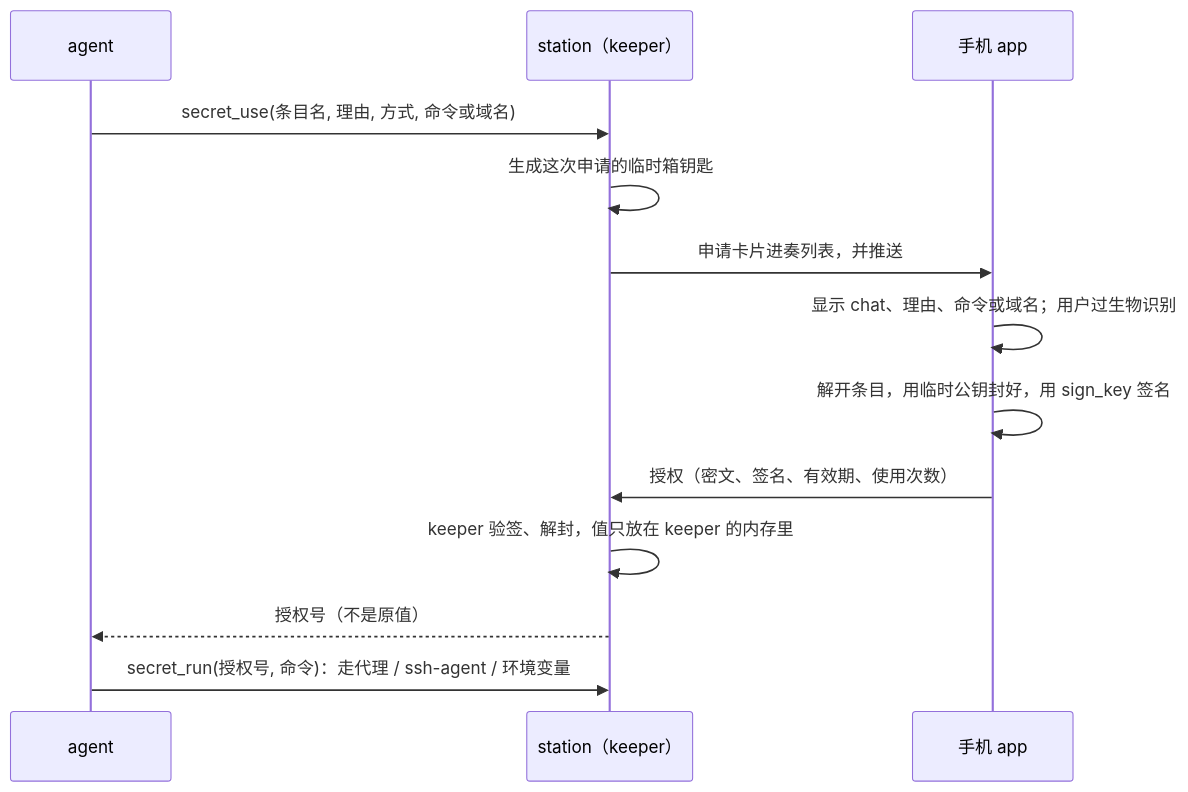
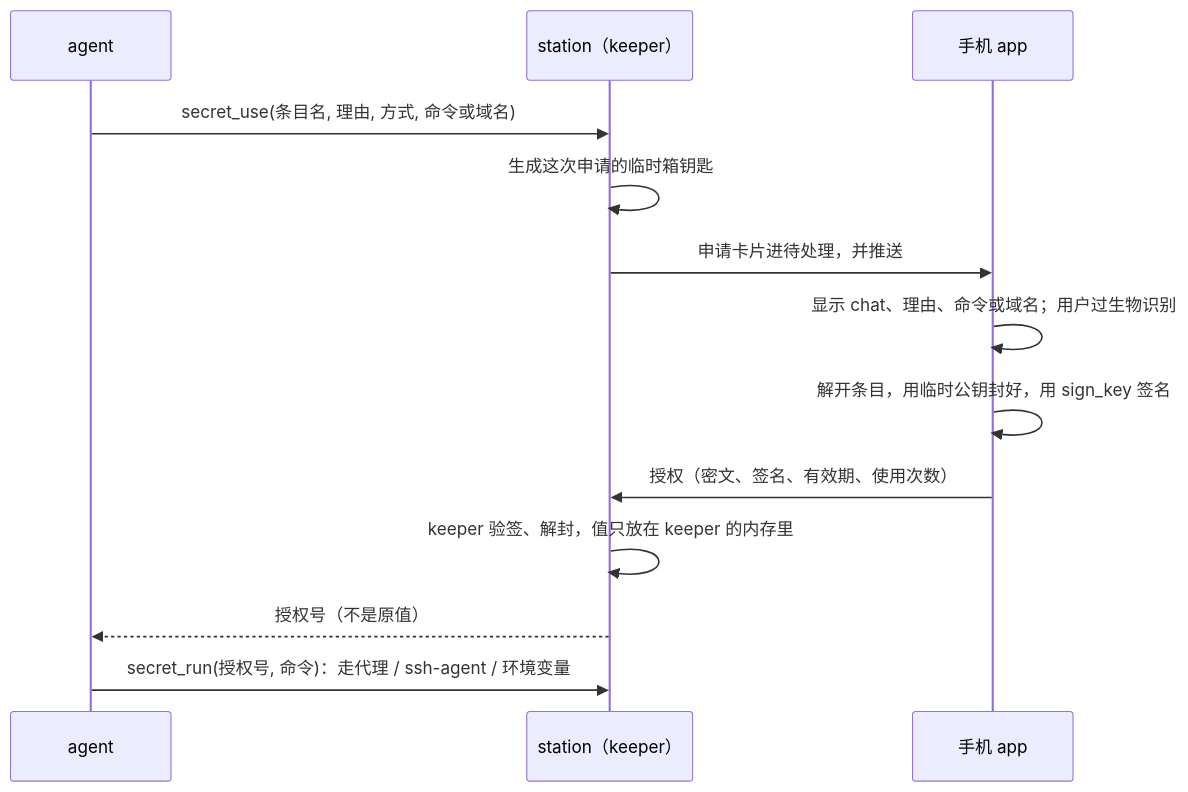
One commit to AFK-surf/still.fail changed the diagram in docs/vault.md. Above: the diagram before and after it, drawn with Mermaid. The commit also changed other lines of this file and 166 other files, not shown here.

````diff
--- a/docs/vault.md
+++ b/docs/vault.md
@@ -90,15 +90,15 @@
 ```mermaid
 sequenceDiagram
   participant A as agent
   participant S as station（keeper）
   participant P as 手机 app
   A->>S: secret_use(条目名, 理由, 方式, 命令或域名)
   S->>S: 生成这次申请的临时箱钥匙
-  S->>P: 申请卡片进奏列表，并推送
+  S->>P: 申请卡片进待处理，并推送
   P->>P: 显示 chat、理由、命令或域名；用户过生物识别
   P->>P: 解开条目，用临时公钥封好，用 sign_key 签名
   P->>S: 授权（密文、签名、有效期、使用次数）
   S->>S: keeper 验签、解封，值只放在 keeper 的内存里
   S-->>A: 授权号（不是原值）
   A->>S: secret_run(授权号, 命令)：走代理 / ssh-agent / 环境变量
 ```
````
